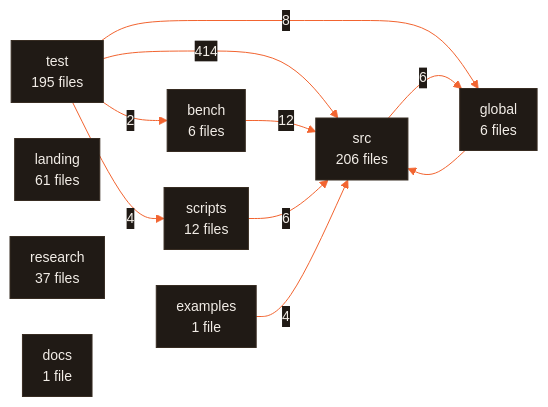
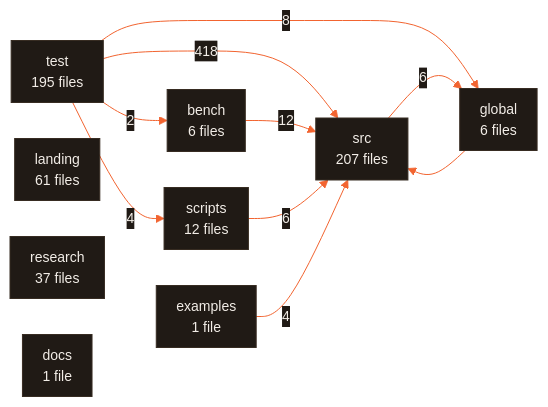
Before and after one commit to CodeWithJuber/forgekit: the diagram in ARCHITECTURE.md, drawn with Mermaid. The commit also changed 10 other files, not shown here.

````diff
--- a/ARCHITECTURE.md
+++ b/ARCHITECTURE.md
@@ -671,22 +671,22 @@
 ```mermaid
 %%{init: {'theme':'base','themeVariables':{'primaryColor':'#201a15','primaryTextColor':'#f2ede7','primaryBorderColor':'#372c22','lineColor':'#f26430','secondaryColor':'#272019','tertiaryColor':'#171310','edgeLabelBackground':'#201a15','clusterBkg':'#171310','clusterBorder':'#4a3b2e','fontFamily':'ui-sans-serif, system-ui, sans-serif','fontSize':'14px'},'flowchart':{'curve':'basis','padding':10,'nodeSpacing':36,'rankSpacing':44}}}%%
 flowchart LR
-  src["src<br/>206 files"]
+  src["src<br/>207 files"]
   test["test<br/>195 files"]
   landing["landing<br/>61 files"]
   research["research<br/>37 files"]
   scripts["scripts<br/>12 files"]
   bench["bench<br/>6 files"]
   global["global<br/>6 files"]
   docs["docs<br/>1 file"]
   examples["examples<br/>1 file"]
-  test -- 414 --> src
+  test -- 418 --> src
   bench -- 12 --> src
   test -- 8 --> global
   scripts -- 6 --> src
   src -- 6 --> global
   examples -- 4 --> src
   test -- 4 --> scripts
   test -- 2 --> bench
   global --> src
 ```
````
